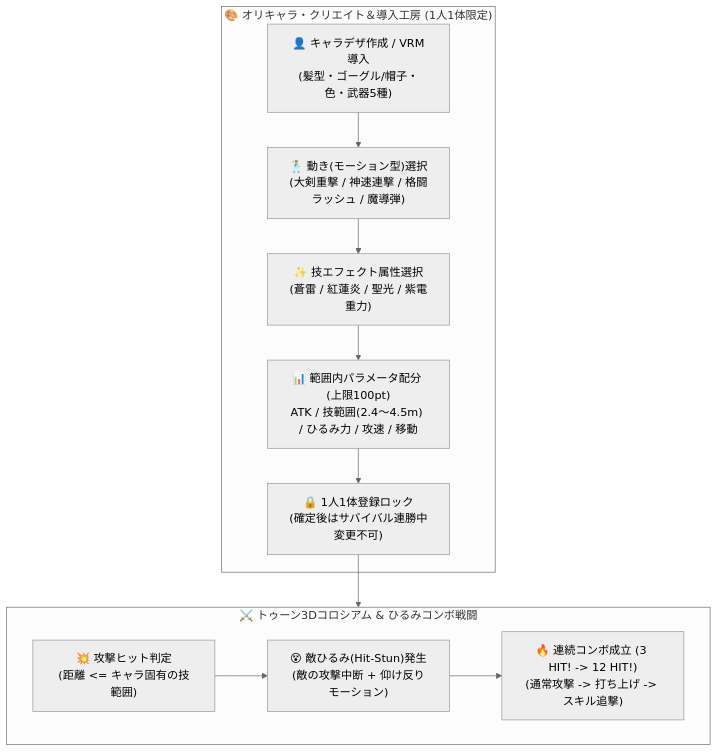
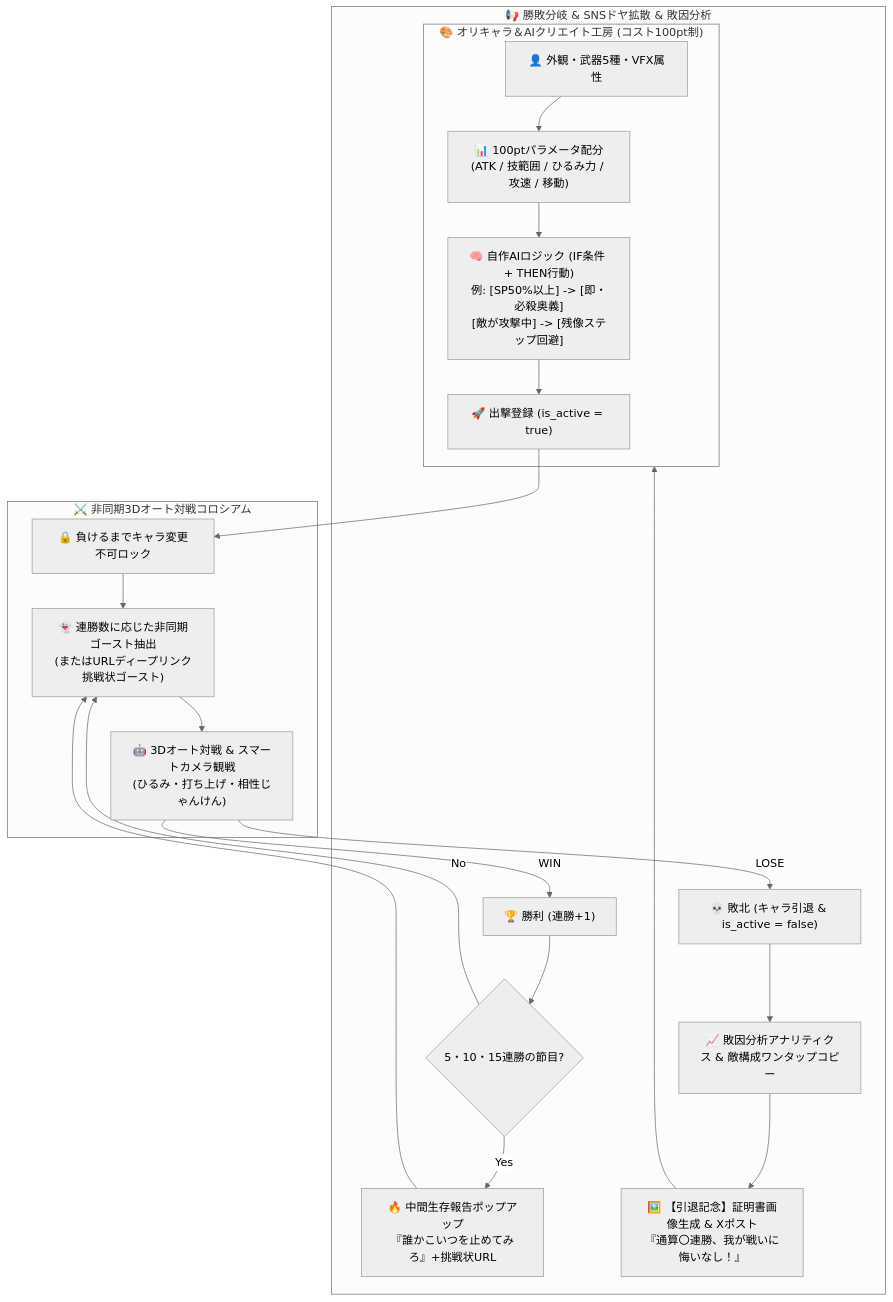
One commit to S-Suzuki17/vrm-battle changed the diagram in task.md. Above: the diagram before and after it, drawn with Mermaid (neutral theme). The commit also changed other lines of this file and 10 other files, not shown here.

Commit message:
feat: Blender 5.2 Cycles ray-traced graphics, Auto-Battle AI Gambits, Locked-Until-Defeat lifecycle, and Certificate generator

````diff
--- a/task.md
+++ b/task.md
@@ -30,20 +23,31 @@
 ```mermaid
 flowchart TD
-    subgraph CreatorStudio ["🎨 オリキャラ・クリエイト＆導入工房 (1人1体限定)"]
-        Design["👤 キャラデザ作成 / VRM導入\n(髪型・ゴーグル/帽子・色・武器5種)"]
-        Motion["🕺 動き(モーション型)選択\n(大剣重撃 / 神速連撃 / 格闘ラッシュ / 魔導弾)"]
-        VFXSelect["✨ 技エフェクト属性選択\n(蒼雷 / 紅蓮炎 / 聖光 / 紫電重力)"]
-        ParamAlloc["📊 範囲内パラメータ配分 (上限100pt)\nATK / 技範囲(2.4〜4.5m) / ひるみ力 / 攻速 / 移動"]
-        Lock1["🔒 1人1体登録ロック\n(確定後はサバイバル連勝中変更不可)"]
-        Design --> Motion --> VFXSelect --> ParamAlloc --> Lock1
+    subgraph Studio ["🎨 オリキャラ＆AIクリエイト工房 (コスト100pt制)"]
+        Look["👤 外観・武器5種・VFX属性"]
+        Stats["📊 100ptパラメータ配分\n(ATK / 技範囲 / ひるみ力 / 攻速 / 移動)"]
+        AIGambit["🧠 自作AIロジック (IF条件 + THEN行動)\n例: [SP50%以上] -> [即・必殺奥義]\n[敵が攻撃中] -> [残像ステップ回避]"]
+        Deploy["🚀 出撃登録 (is_active = true)"]
+        Look --> Stats --> AIGambit --> Deploy
     end
 
-    subgraph BattleEngine ["⚔️ トゥーン3Dコロシアム & ひるみコンボ戦闘"]
-        Hit["💥 攻撃ヒット判定\n(距離 <= キャラ固有の技範囲)"]
-        Stun["😵 敵ひるみ(Hit-Stun)発生\n(敵の攻撃中断 + 仰け反りモーション)"]
-        Chain["🔥 連続コンボ成立 (3 HIT! -> 12 HIT!)\n(通常攻撃 -> 打ち上げ -> スキル追撃)"]
-        Hit --> Stun --> Chain
+    subgraph AsyncArena ["⚔️ 非同期3Dオート対戦コロシアム"]
+        Lock["🔒 負けるまでキャラ変更不可ロック"]
+        Match["👻 連勝数に応じた非同期ゴースト抽出\n(またはURLディープリンク挑戦状ゴースト)"]
+        AutoBattle["🤖 3Dオート対戦 & スマートカメラ観戦\n(ひるみ・打ち上げ・相性じゃんけん)"]
+        Deploy --> Lock --> Match --> AutoBattle
     end
 
-    Lock1 --> BattleEngine
+    subgraph Outcome ["📢 勝敗分岐 & SNSドヤ拡散 & 敗因分析"]
+        Win["🏆 勝利 (連勝+1)"]
+        Milestone{"5・10・15連勝の節目?"}
+        BragPopup["🔥 中間生存報告ポップアップ\n『誰かこいつを止めてみろ』+挑戦状URL"]
+        Lose["💀 敗北 (キャラ引退 & is_active = false)"]
+        Analytics["📈 敗因分析アナリティクス & 敵構成ワンタップコピー"]
+        RetirePost["🖼️ 【引退記念】証明書画像生成 & Xポスト\n『通算〇連勝、我が戦いに悔いなし！』"]
+
+        AutoBattle -- "WIN" --> Win --> Milestone
+        Milestone -- "Yes" --> BragPopup --> Match
+        Milestone -- "No" --> Match
+        AutoBattle -- "LOSE" --> Lose --> Analytics --> RetirePost --> Studio
+    end
 ```
````
